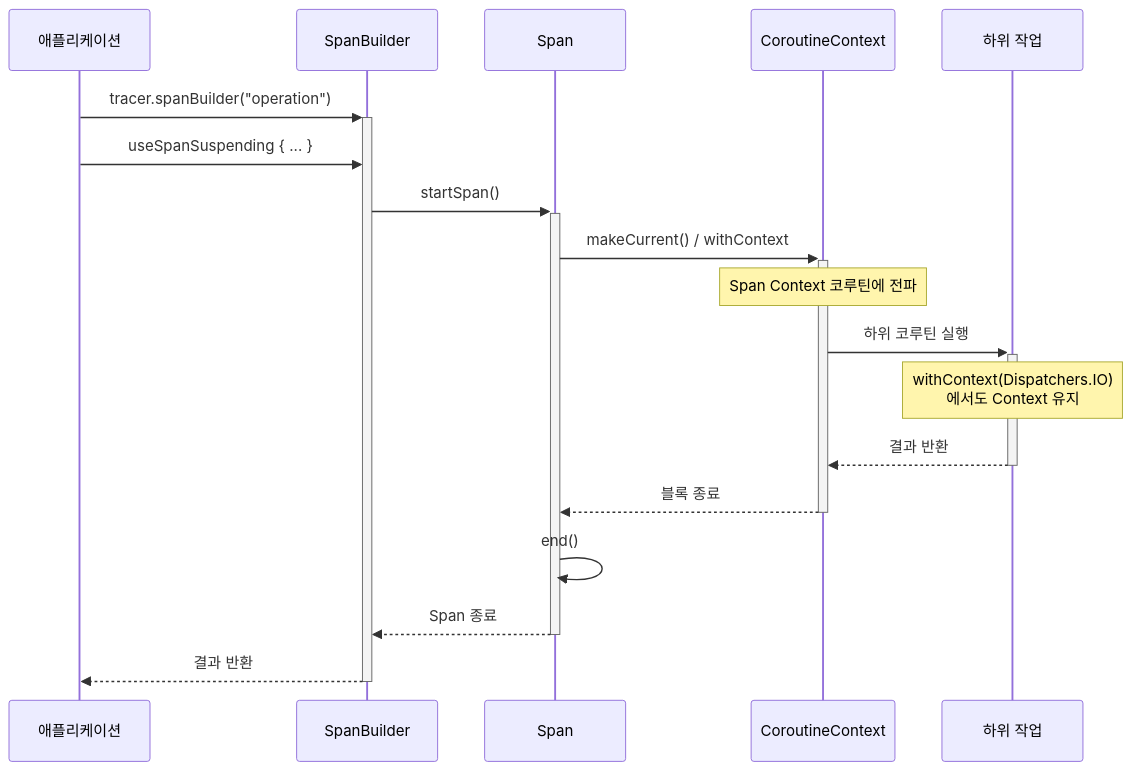
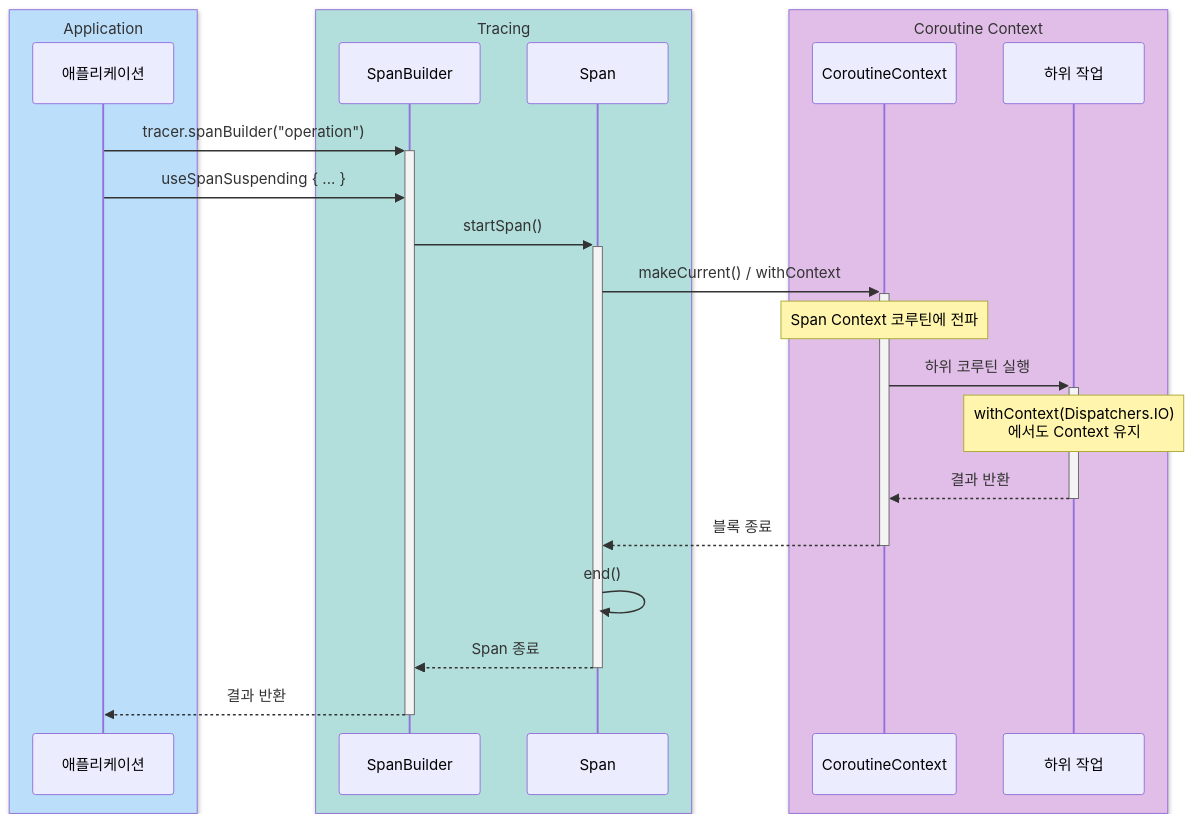
One commit to bluetape4k/bluetape4k-projects changed the third of 4 diagrams in infra/opentelemetry/README.ko.md. Above: the diagram before and after it, drawn with Mermaid. The commit also changed other lines of this file and 221 other files, not shown here.

First line of the commit message:
docs: 전체 모듈 README UML 다이어그램 보강 및 색상 업그레이드

````diff
--- a/infra/opentelemetry/README.ko.md
+++ b/infra/opentelemetry/README.ko.md
@@ -352,21 +374,27 @@
 ```mermaid
 sequenceDiagram
+    box rgb(187,222,251) Application
     participant App as 애플리케이션
+    end
+    box rgb(178,223,219) Tracing
     participant Builder as SpanBuilder
     participant Span as Span
+    end
+    box rgb(225,190,231) Coroutine Context
     participant Context as CoroutineContext
     participant Child as 하위 작업
+    end
 
     App->>+Builder: tracer.spanBuilder("operation")
     App->>Builder: useSpanSuspending { ... }
     Builder->>+Span: startSpan()
     Span->>+Context: makeCurrent() / withContext
     Note over Context: Span Context 코루틴에 전파
     Context->>+Child: 하위 코루틴 실행
     Note over Child: withContext(Dispatchers.IO)<br/>에서도 Context 유지
     Child-->>-Context: 결과 반환
     Context-->>-Span: 블록 종료
     Span->>Span: end()
     Span-->>-Builder: Span 종료
     Builder-->>-App: 결과 반환
 ```
````
